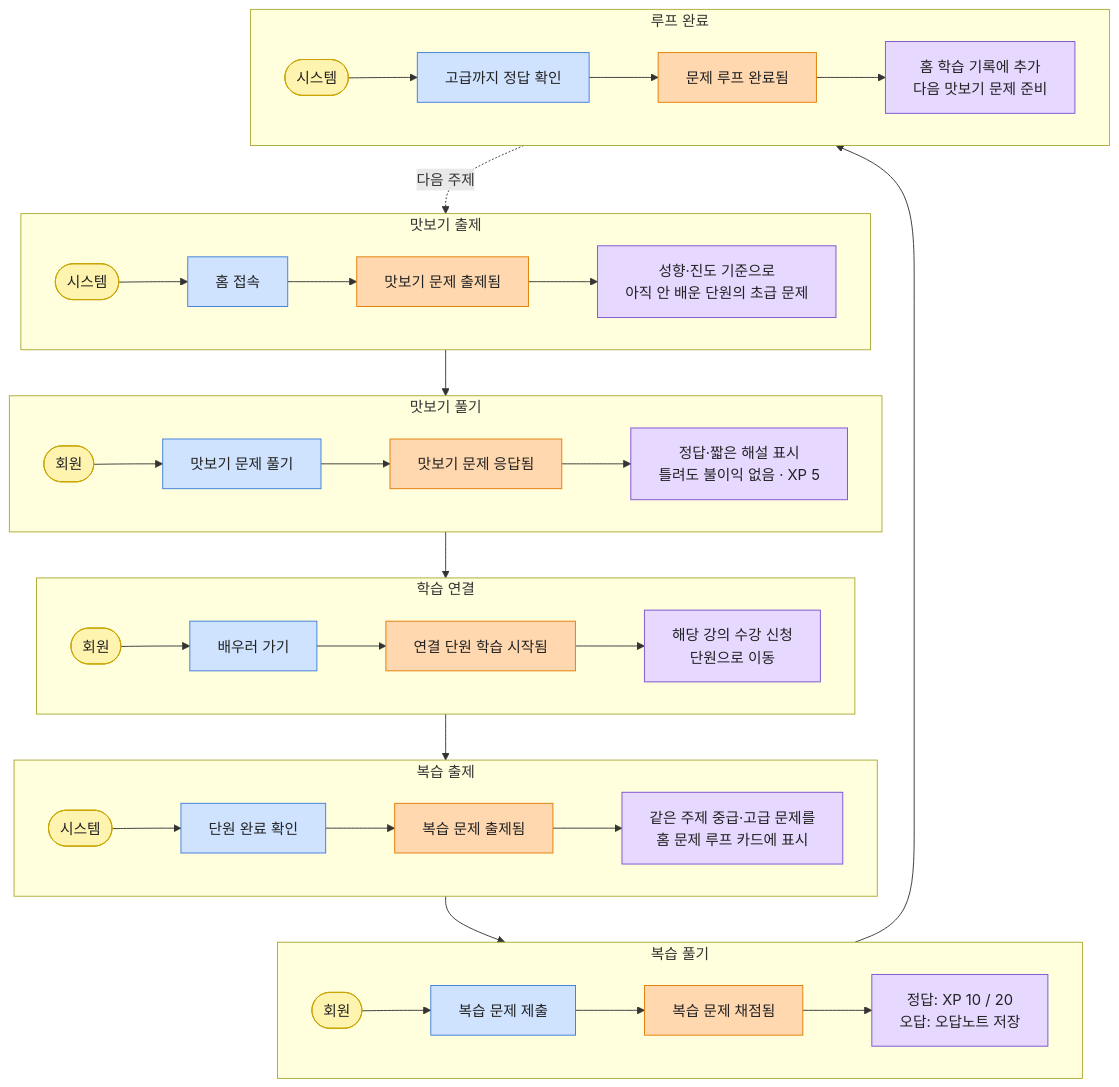
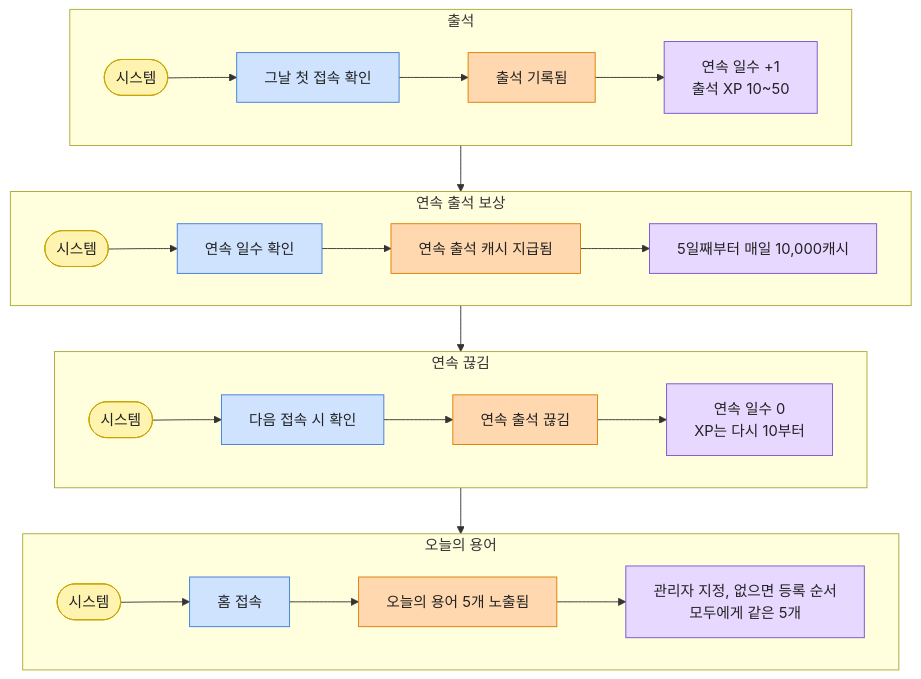
The third of 13 diagrams in docs/MoneyBeetle_업무분석.md (bukkeu/my-home-finish), drawn with Mermaid before and after one commit. The commit also changed other lines of this file, not shown here.

Commit message:
docs: 업무분석을 최신 요구사항·정책 정의서 기준으로 갱신

````diff
--- a/docs/MoneyBeetle_업무분석.md
+++ b/docs/MoneyBeetle_업무분석.md
@@ -224,33 +196,24 @@
 ```mermaid
 flowchart TB
-    subgraph S1["맛보기 출제"]
+    subgraph S1["출석"]
         direction LR
-        a1(["시스템"]):::act --> c1["홈 접속"]:::cmd --> e1["맛보기 문제 출제됨"]:::evt --> p1["성향·진도 기준으로<br/>아직 안 배운 단원의 초급 문제"]:::pol
+        a1(["시스템"]):::act --> c1["그날 첫 접속 확인"]:::cmd --> e1["출석 기록됨"]:::evt --> p1["연속 일수 +1<br/>출석 XP 10~50"]:::pol
     end
-    subgraph S2["맛보기 풀기"]
+    subgraph S2["연속 출석 보상"]
         direction LR
-        a2(["회원"]):::act --> c2["맛보기 문제 풀기"]:::cmd --> e2["맛보기 문제 응답됨"]:::evt --> p2["정답·짧은 해설 표시<br/>틀려도 불이익 없음 · XP 5"]:::pol
+        a2(["시스템"]):::act --> c2["연속 일수 확인"]:::cmd --> e2["연속 출석 캐시 지급됨"]:::evt --> p2["5일째부터 매일 10,000캐시"]:::pol
     end
-    subgraph S3["학습 연결"]
+    subgraph S3["연속 끊김"]
         direction LR
-        a3(["회원"]):::act --> c3["배우러 가기"]:::cmd --> e3["연결 단원 학습 시작됨"]:::evt --> p3["해당 강의 수강 신청<br/>단원으로 이동"]:::pol
+        a3(["시스템"]):::act --> c3["다음 접속 시 확인"]:::cmd --> e3["연속 출석 끊김"]:::evt --> p3["연속 일수 0<br/>XP는 다시 10부터"]:::pol
     end
-    subgraph S4["복습 출제"]
+    subgraph S4["오늘의 용어"]
         direction LR
-        a4(["시스템"]):::act --> c4["단원 완료 확인"]:::cmd --> e4["복습 문제 출제됨"]:::evt --> p4["같은 주제 중급·고급 문제를<br/>홈 문제 루프 카드에 표시"]:::pol
+        a4(["시스템"]):::act --> c4["홈 접속"]:::cmd --> e4["오늘의 용어 5개 노출됨"]:::evt --> p4["관리자 지정, 없으면 등록 순서<br/>모두에게 같은 5개"]:::pol
     end
-    subgraph S5["복습 풀기"]
-        direction LR
-        a5(["회원"]):::act --> c5["복습 문제 제출"]:::cmd --> e5["복습 문제 채점됨"]:::evt --> p5["정답: XP 10 / 20<br/>오답: 오답노트 저장"]:::pol
-    end
-    subgraph S6["루프 완료"]
-        direction LR
-        a6(["시스템"]):::act --> c6["고급까지 정답 확인"]:::cmd --> e6["문제 루프 완료됨"]:::evt --> p6["홈 학습 기록에 추가<br/>다음 맛보기 문제 준비"]:::pol
-    end
-    S1 --> S2 --> S3 --> S4 --> S5 --> S6
-    S6 -. 다음 주제 .-> S1
+    S1 --> S2 --> S3 --> S4
     classDef act fill:#FFF3B0,stroke:#C9A400,color:#222
     classDef cmd fill:#CFE3FF,stroke:#3D7BD9,color:#222
     classDef evt fill:#FFD8B0,stroke:#E07B00,color:#222
     classDef pol fill:#E6D8FF,stroke:#7A4FD0,color:#222
 ```
````
